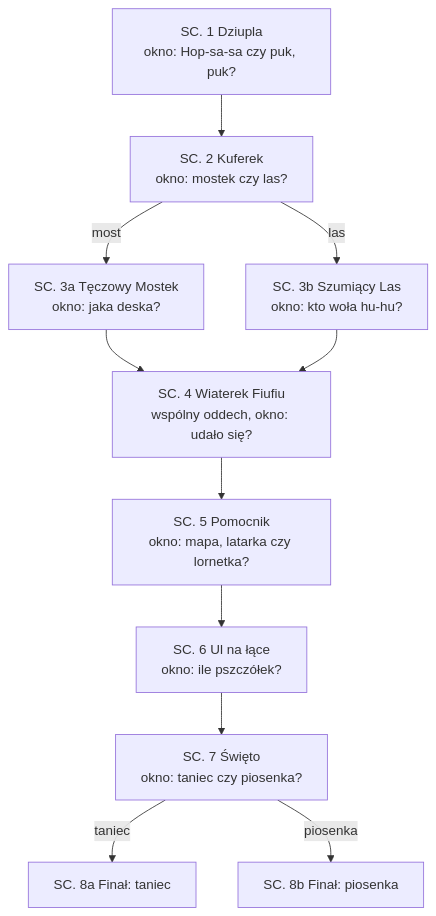
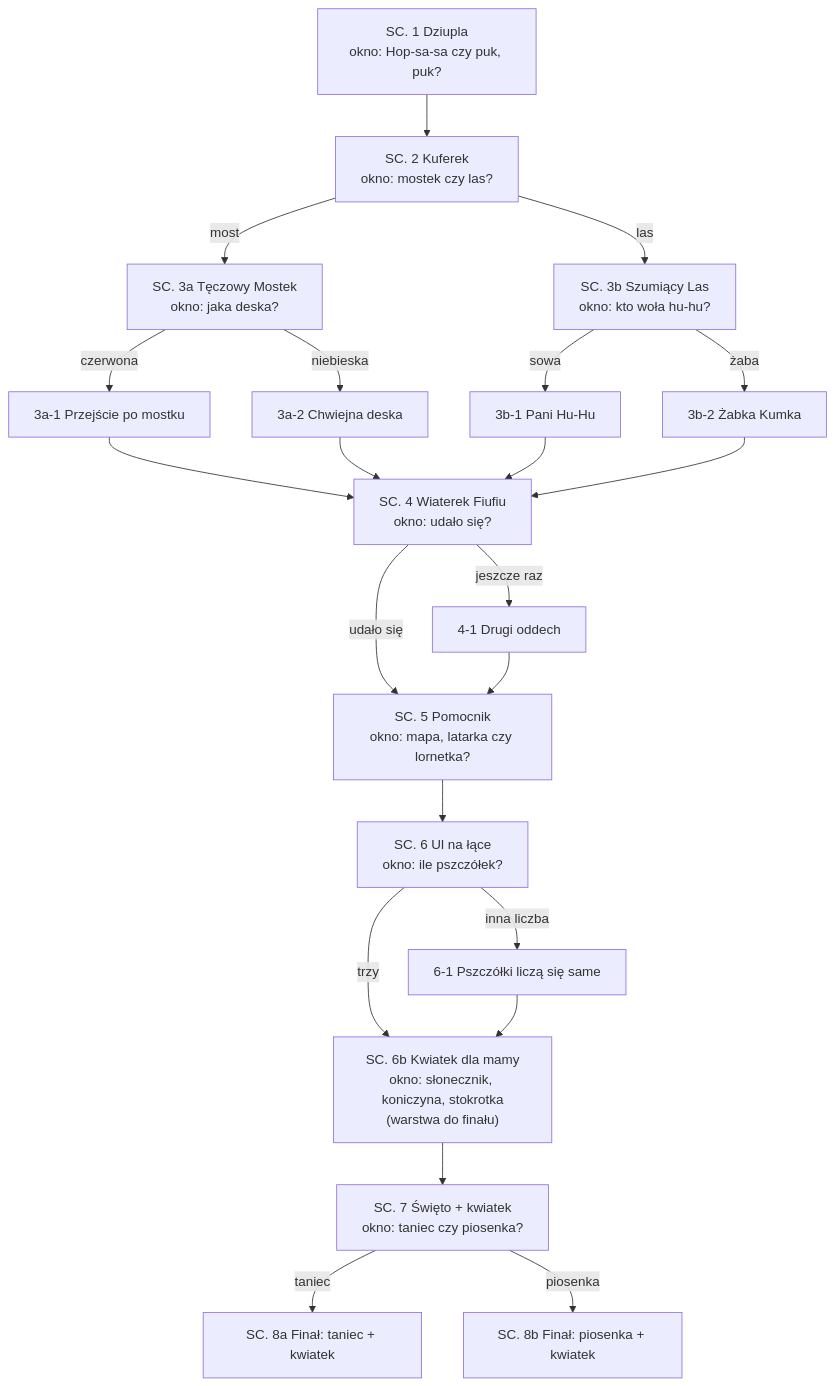
Before and after one commit to KsaweryTrebacz/FilmSpringOpen2026: the diagram in scenarios/klub_ciekawskich.md, drawn with Mermaid. The commit also changed other lines of this file and 27 other files, not shown here.

````diff
--- a/scenarios/klub_ciekawskich.md
+++ b/scenarios/klub_ciekawskich.md
@@ -45,13 +57,22 @@
 ```mermaid
 flowchart TD
     powitanie["SC. 1 Dziupla<br/>okno: Hop-sa-sa czy puk, puk?"] --> kuferek["SC. 2 Kuferek<br/>okno: mostek czy las?"]
     kuferek -->|most| most["SC. 3a Tęczowy Mostek<br/>okno: jaka deska?"]
     kuferek -->|las| las["SC. 3b Szumiący Las<br/>okno: kto woła hu-hu?"]
-    most --> wiaterek["SC. 4 Wiaterek Fiufiu<br/>wspólny oddech, okno: udało się?"]
-    las --> wiaterek
-    wiaterek --> pomocnik["SC. 5 Pomocnik<br/>okno: mapa, latarka czy lornetka?"]
+    most -->|czerwona| most_przejscie["3a-1 Przejście po mostku"]
+    most -->|niebieska| most_chwiejny["3a-2 Chwiejna deska"]
+    las -->|sowa| las_sowa["3b-1 Pani Hu-Hu"]
+    las -->|żaba| las_zaba["3b-2 Żabka Kumka"]
+    most_przejscie --> wiaterek["SC. 4 Wiaterek Fiufiu<br/>okno: udało się?"]
+    most_chwiejny --> wiaterek
+    las_sowa --> wiaterek
+    las_zaba --> wiaterek
+    wiaterek -->|udało się| pomocnik["SC. 5 Pomocnik<br/>okno: mapa, latarka czy lornetka?"]
+    wiaterek -->|jeszcze raz| wiaterek_jeszcze["4-1 Drugi oddech"] --> pomocnik
     pomocnik --> laka["SC. 6 Ul na łące<br/>okno: ile pszczółek?"]
-    laka --> swieto["SC. 7 Święto<br/>okno: taniec czy piosenka?"]
-    swieto -->|taniec| koniec_taniec["SC. 8a Finał: taniec"]
-    swieto -->|piosenka| koniec_piosenka["SC. 8b Finał: piosenka"]
+    laka -->|trzy| kwiatek["SC. 6b Kwiatek dla mamy<br/>okno: słonecznik, koniczyna, stokrotka<br/>(warstwa do finału)"]
+    laka -->|inna liczba| laka_liczenie["6-1 Pszczółki liczą się same"] --> kwiatek
+    kwiatek --> swieto["SC. 7 Święto + kwiatek<br/>okno: taniec czy piosenka?"]
+    swieto -->|taniec| koniec_taniec["SC. 8a Finał: taniec + kwiatek"]
+    swieto -->|piosenka| koniec_piosenka["SC. 8b Finał: piosenka + kwiatek"]
 ```
````
